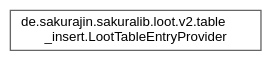
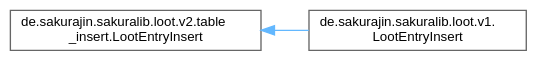
One commit to noah1510/sakura-lib changed the diagram in inherit_graph_30.dot. Above: the diagram before and after it, drawn with Graphviz. The commit also changed 97 other files, not shown here.

```diff
--- a/inherit_graph_30.dot
+++ b/inherit_graph_30.dot
@@ -1,9 +1,11 @@
 digraph "Graphical Class Hierarchy"
 {
  // LATEX_PDF_SIZE
   bgcolor="transparent";
   edge [fontname=Helvetica,fontsize=10,labelfontname=Helvetica,labelfontsize=10];
   node [fontname=Helvetica,fontsize=10,shape=box,height=0.2,width=0.4];
   rankdir="LR";
-  Node0 [label="de.sakurajin.sakuralib.loot.v2.table\l_insert.LootTableEntryProvider",height=0.2,width=0.4,color="grey40", fillcolor="white", style="filled",URL="$interfacede_1_1sakurajin_1_1sakuralib_1_1loot_1_1v2_1_1table__insert_1_1LootTableEntryProvider.html",tooltip="This interface is used to provide loot table entries for the loot table manager."];
+  Node0 [label="de.sakurajin.sakuralib.loot.v2.table\l_insert.LootEntryInsert",height=0.2,width=0.4,color="grey40", fillcolor="white", style="filled",URL="$classde_1_1sakurajin_1_1sakuralib_1_1loot_1_1v2_1_1table__insert_1_1LootEntryInsert.html",tooltip="A class that represents an entry that should be inserted into a loot table."];
+  Node0 -> Node1 [dir="back",color="steelblue1",style="solid"];
+  Node1 [label="de.sakurajin.sakuralib.loot.v1.\lLootEntryInsert",height=0.2,width=0.4,color="grey40", fillcolor="white", style="filled",URL="$classde_1_1sakurajin_1_1sakuralib_1_1loot_1_1v1_1_1LootEntryInsert.html",tooltip="A class that represents an entry that should be inserted into a loot table."];
 }
```
